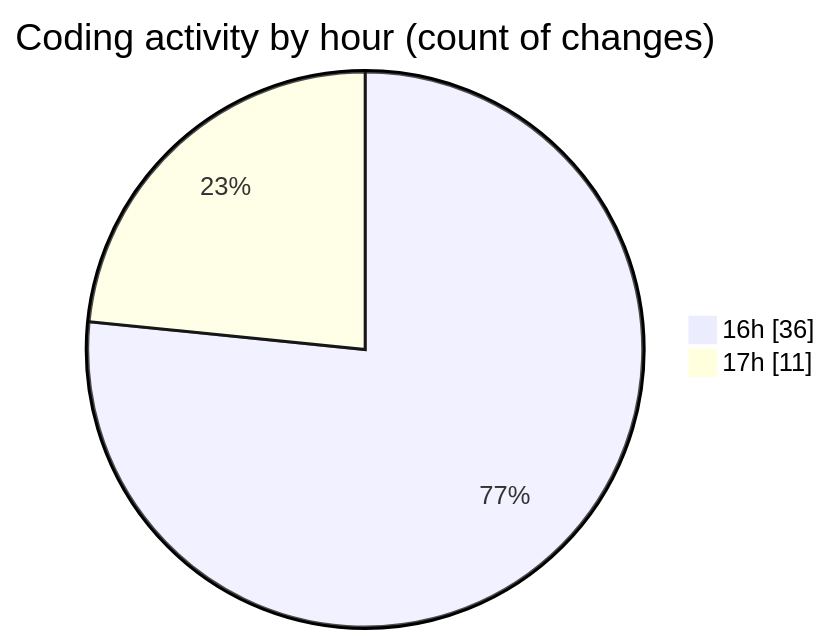
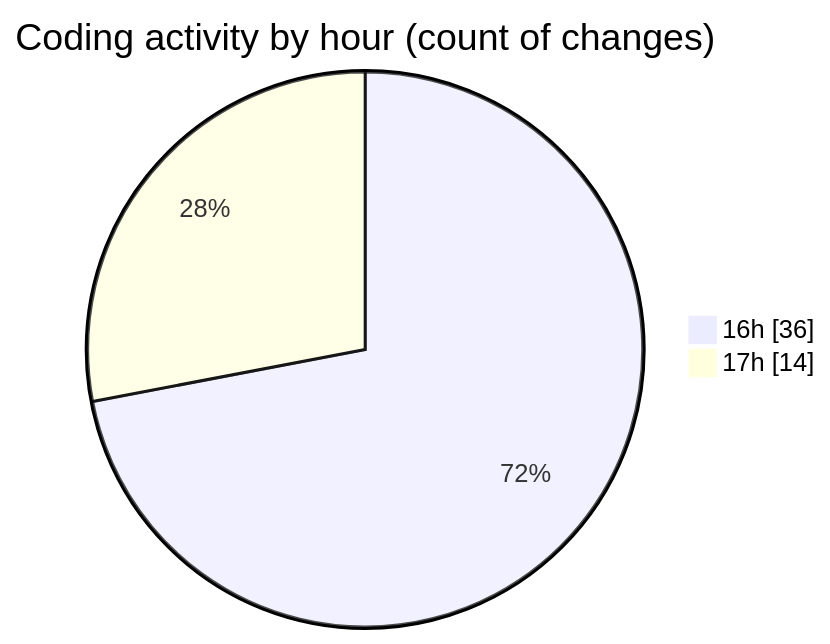
The second of 2 diagrams in 2025-03-11/mbc-web/README.md (robertbonfada/code-tracking), drawn with Mermaid before and after one commit. The commit also changed other lines of this file and 1 other file, not shown here.

````diff
--- a/2025-03-11/mbc-web/README.md
+++ b/2025-03-11/mbc-web/README.md
@@ -38,6 +39,6 @@
 ```mermaid
 pie showData
 title Coding activity by hour (count of changes)
 "16h" : 36
-"17h" : 11
+"17h" : 14
 ```
````
